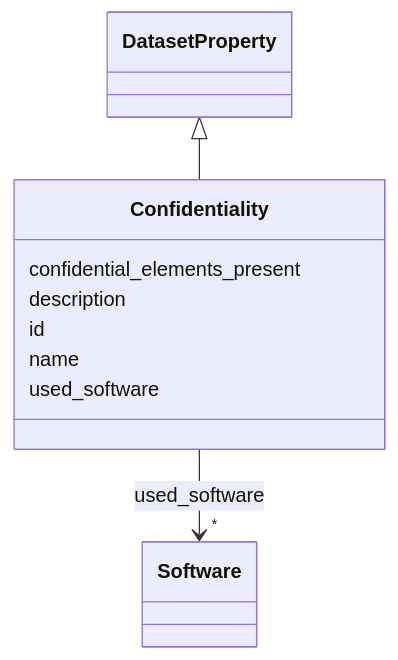
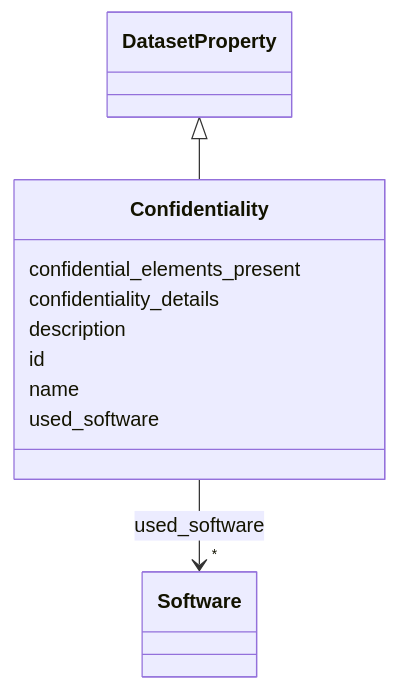
The diagram in docs/Confidentiality.md (bridge2ai/data-sheets-schema), drawn with Mermaid before and after one commit. The commit also changed other lines of this file and 682 other files, not shown here.

````diff
--- a/docs/Confidentiality.md
+++ b/docs/Confidentiality.md
@@ -20,28 +20,30 @@
 ```mermaid
  classDiagram
     class Confidentiality
     click Confidentiality href "../Confidentiality/"
       DatasetProperty <|-- Confidentiality
         click DatasetProperty href "../DatasetProperty/"
       
       Confidentiality : confidential_elements_present
+        
+      Confidentiality : confidentiality_details
         
       Confidentiality : description
         
       Confidentiality : id
         
       Confidentiality : name
         
       Confidentiality : used_software
         
           
     
         
         
         Confidentiality --> "*" Software : used_software
         click Software href "../Software/"
     
 
         
       
 ```
````
